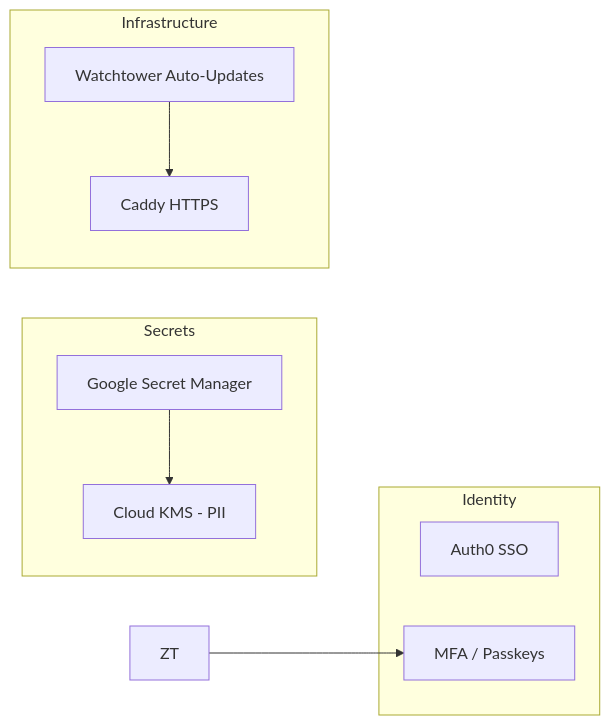
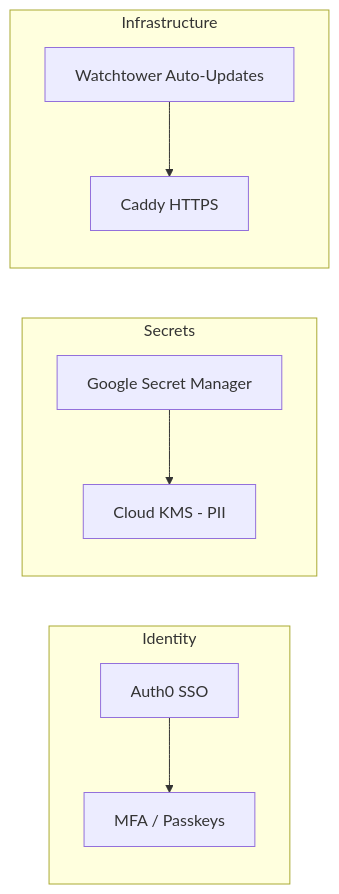
The third of 3 diagrams in README.md (Pinpoint-311/Pinpoint-311), drawn with Mermaid before and after one commit. The commit also changed other lines of this file, not shown here.

Commit message:
README: Add ToC, comparison table, fix Mermaid typo, add Roadmap & Security policy

````diff
--- a/README.md
+++ b/README.md
@@ -161,21 +191,21 @@
 ```mermaid
 graph LR
     subgraph "Identity"
         A0[Auth0 SSO]
         MFA[MFA / Passkeys]
     end
 
     subgraph "Secrets"
         GSM[Google Secret Manager]
         KMS[Cloud KMS - PII]
     end
 
     subgraph "Infrastructure"
         WT[Watchtower Auto-Updates]
         CD[Caddy HTTPS]
     end
 
-    ZT --> MFA
+    A0 --> MFA
     GSM --> KMS
     WT --> CD
 ```
````
